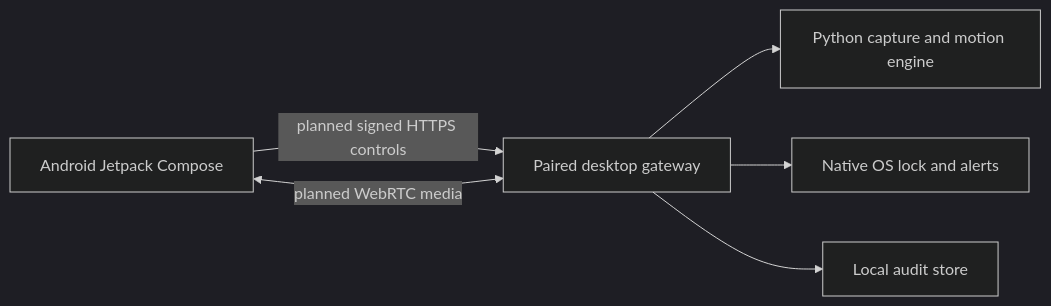
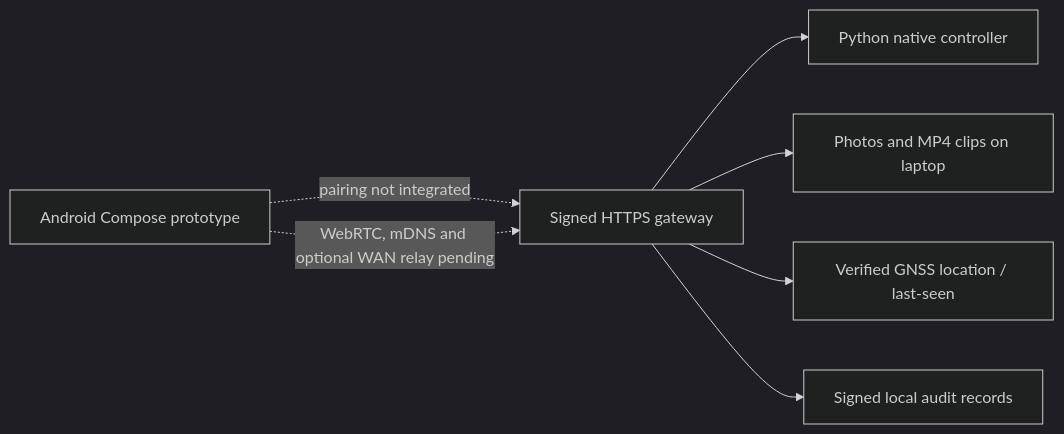
One commit to PerezChris99/Laptop-watch changed the first of 3 diagrams in README.md. Above: the diagram before and after it, drawn with Mermaid (dark theme). The commit also changed other lines of this file and 8 other files, not shown here.

First line of the commit message:
docs: restore original LaptopWatch imagery and document real use and recovery flows

````diff
--- a/README.md
+++ b/README.md
@@ -35,8 +32,9 @@
 ```mermaid
 flowchart LR
- A[Android Jetpack Compose] -->|planned signed HTTPS controls| D[Paired desktop gateway]
- A <-->|planned WebRTC media| D
- D --> P[Python capture and motion engine]
- D --> C[Native OS lock and alerts]
- D --> L[Local audit store]
+    A[Android Compose prototype] -. pairing not integrated .-> G[Signed HTTPS gateway]
+    G --> E[Python native controller]
+    G --> P[Photos and MP4 clips on laptop]
+    G --> L[Verified GNSS location / last-seen]
+    G --> S[Signed local audit records]
+    A -. WebRTC, mDNS and optional WAN relay pending .-> G
 ```
````
